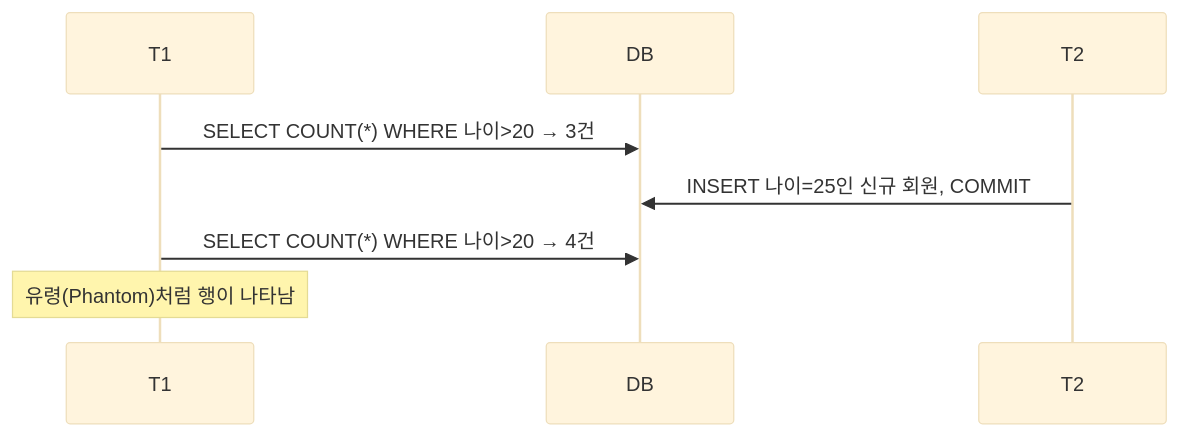
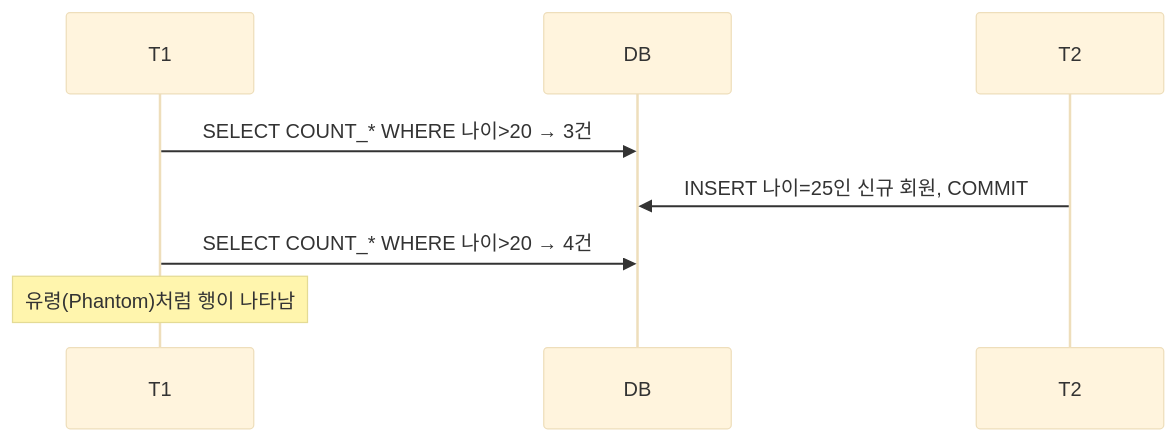
One commit to yjkim2015/yjkim2015.github.io changed the third of 7 diagrams in _posts/db/2026-05-03-db-transaction-isolation.md. Above: the diagram before and after it, drawn with Mermaid (base theme). The commit also changed other lines of this file and 85 other files, not shown here.

First line of the commit message:
sequenceDiagram 문법 에러 2차 수정 169개 (86파일)

````diff
--- a/_posts/db/2026-05-03-db-transaction-isolation.md
+++ b/_posts/db/2026-05-03-db-transaction-isolation.md
@@ -84,10 +84,10 @@
 ```mermaid
 sequenceDiagram
     participant T1
     participant DB
     participant T2
-    T1->>DB: SELECT COUNT(*) WHERE 나이>20 → 3건
+    T1->>DB: SELECT COUNT_* WHERE 나이>20 → 3건
     T2->>DB: INSERT 나이=25인 신규 회원, COMMIT
-    T1->>DB: SELECT COUNT(*) WHERE 나이>20 → 4건
+    T1->>DB: SELECT COUNT_* WHERE 나이>20 → 4건
     Note over T1: 유령(Phantom)처럼 행이 나타남
 ```
````
